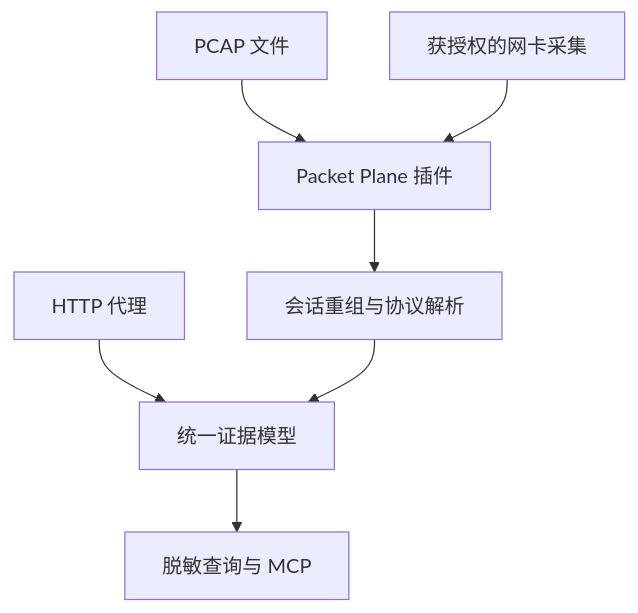
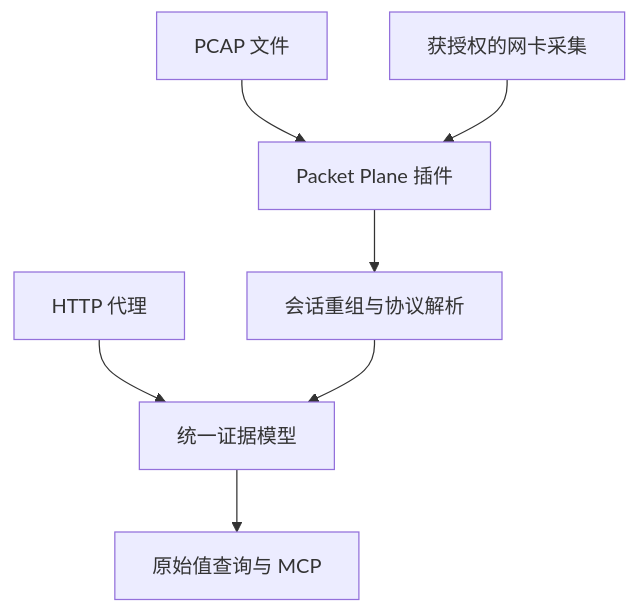
Before and after one commit to EricHongXDD/NetLens-Go-MCP: the second of 2 diagrams in docs/architecture.md, drawn with Mermaid. The commit also changed other lines of this file and 26 other files, not shown here.

````diff
--- a/docs/architecture.md
+++ b/docs/architecture.md
@@ -122,9 +122,9 @@
 ```mermaid
 flowchart TD
     Proxy["HTTP 代理"] --> Evidence["统一证据模型"]
     PCAP["PCAP 文件"] --> Packet["Packet Plane 插件"]
     Device["获授权的网卡采集"] --> Packet
     Packet --> Reassembly["会话重组与协议解析"]
     Reassembly --> Evidence
-    Evidence --> Query["脱敏查询与 MCP"]
+    Evidence --> Query["原始值查询与 MCP"]
 ```
````
